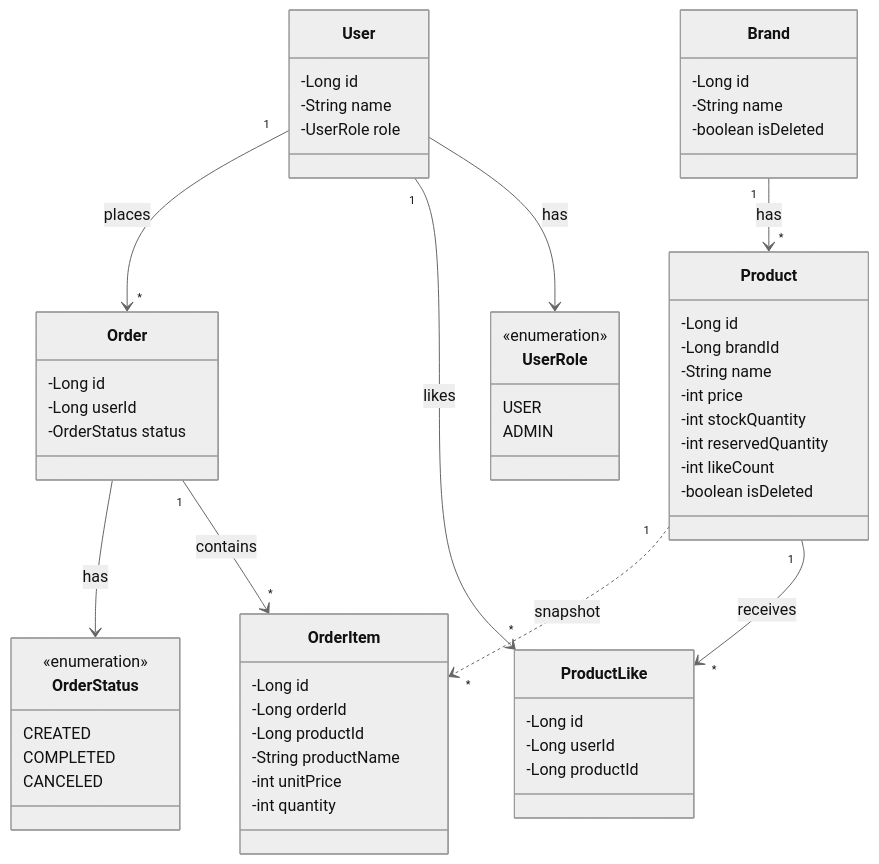
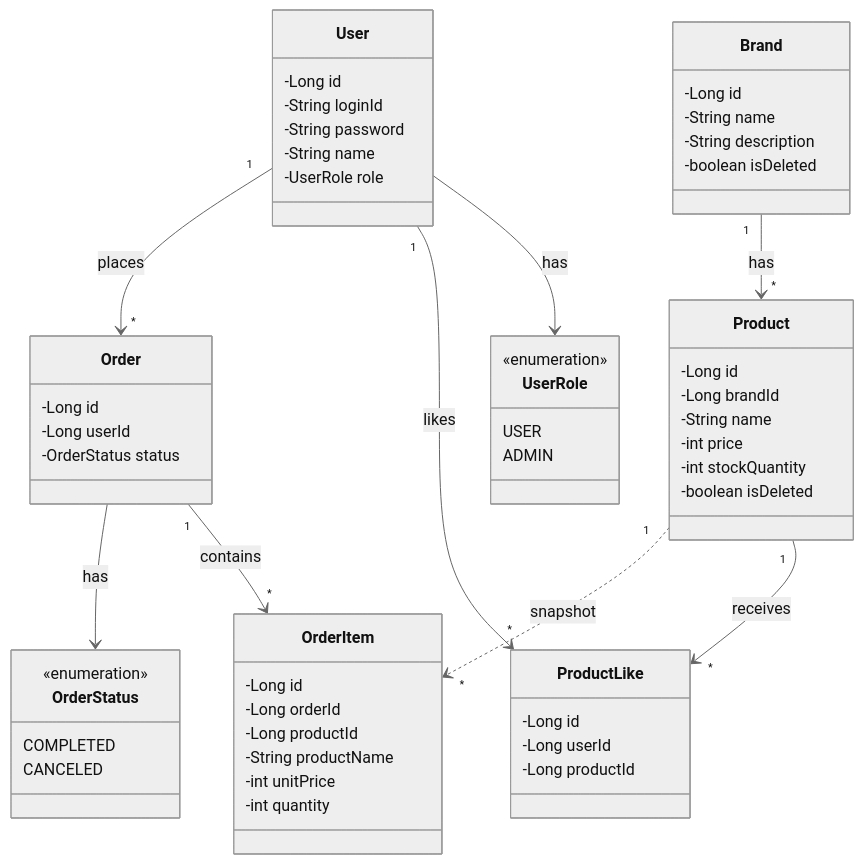
The diagram in docs/design/03-class-diagram.md (kimjunyoung90/loop-pack-be-l2-vol3-java), drawn with Mermaid (neutral theme) before and after one commit. The commit also changed 3 other files, not shown here.

````diff
--- a/docs/design/03-class-diagram.md
+++ b/docs/design/03-class-diagram.md
@@ -5,68 +5,68 @@
 ```mermaid
 classDiagram
     class User {
         -Long id
+        -String loginId
+        -String password
         -String name
         -UserRole role
     }
 
     class UserRole {
         <<enumeration>>
         USER
         ADMIN
     }
 
     class Brand {
         -Long id
         -String name
+        -String description
         -boolean isDeleted
     }
 
     class Product {
         -Long id
         -Long brandId
         -String name
         -int price
         -int stockQuantity
-        -int reservedQuantity
-        -int likeCount
         -boolean isDeleted
     }
 
     class ProductLike {
         -Long id
         -Long userId
         -Long productId
     }
 
     class Order {
         -Long id
         -Long userId
         -OrderStatus status
     }
 
     class OrderItem {
         -Long id
         -Long orderId
         -Long productId
         -String productName
         -int unitPrice
         -int quantity
     }
 
     class OrderStatus {
         <<enumeration>>
-        CREATED
         COMPLETED
         CANCELED
     }
 
     User --> UserRole : has
     User "1" --> "*" ProductLike : likes
     User "1" --> "*" Order : places
     Brand "1" --> "*" Product : has
     Product "1" --> "*" ProductLike : receives
     Order "1" --> "*" OrderItem : contains
     Order --> OrderStatus : has
     Product "1" ..> "*" OrderItem : snapshot
 ```
````
